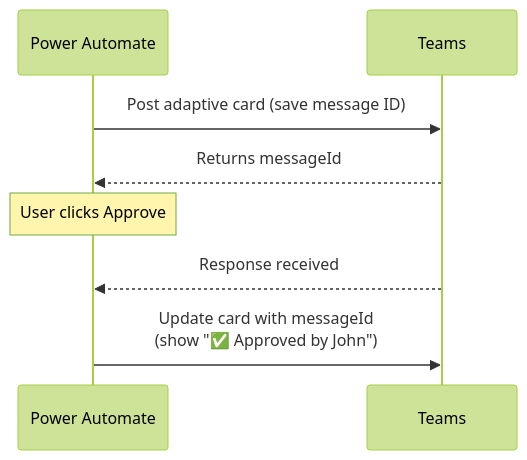
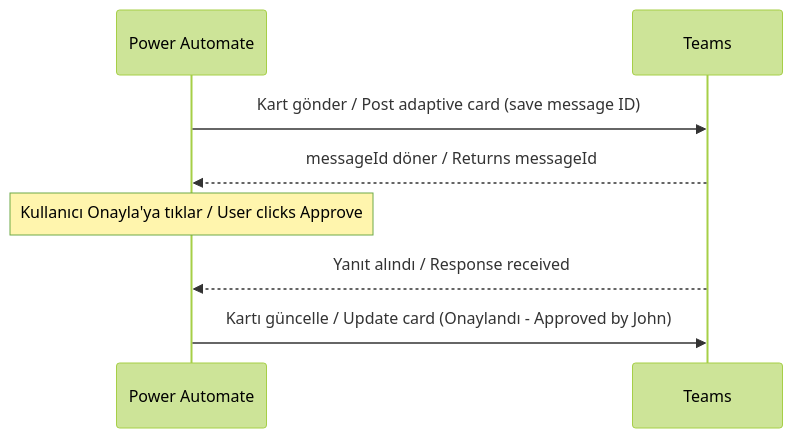
The diagram in connectors/teams.md (vahid-farajijobehdar-kariyer-arge/power-automate-wiki), drawn with Mermaid (forest theme) before and after one commit. The commit also changed other lines of this file and 8 other files, not shown here.

````diff
--- a/connectors/teams.md
+++ b/connectors/teams.md
@@ -110,11 +158,11 @@
 ```mermaid
 sequenceDiagram
     participant PA as Power Automate
     participant Teams
 
-    PA->>Teams: Post adaptive card (save message ID)
-    Teams-->>PA: Returns messageId
-    Note over PA: User clicks Approve
-    Teams-->>PA: Response received
-    PA->>Teams: Update card with messageId<br/>(show "✅ Approved by John")
+    PA->>Teams: Kart gönder / Post adaptive card (save message ID)
+    Teams-->>PA: messageId döner / Returns messageId
+    Note over PA: Kullanıcı Onayla'ya tıklar / User clicks Approve
+    Teams-->>PA: Yanıt alındı / Response received
+    PA->>Teams: Kartı güncelle / Update card (Onaylandı - Approved by John)
 ```
````
